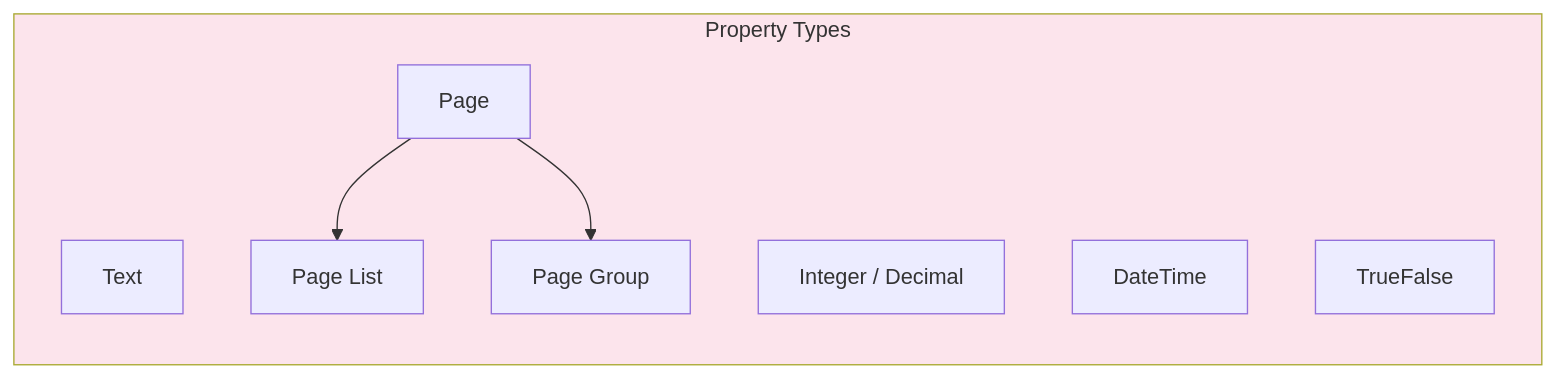
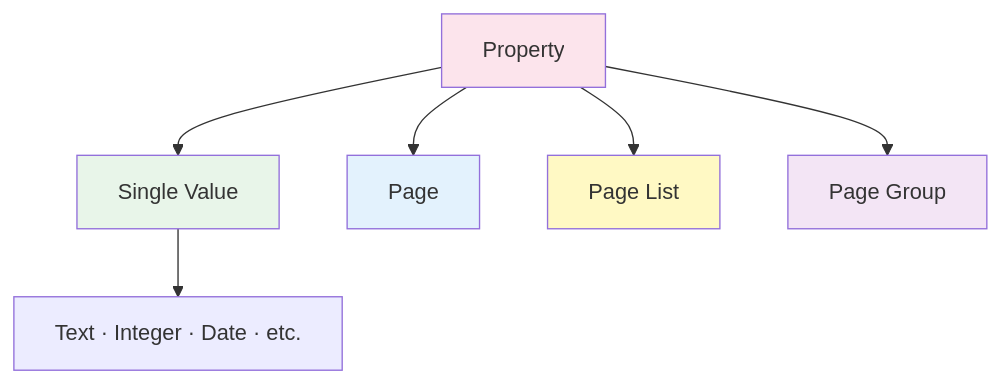
The diagram in pega-interview-prep/diagrams/26-property-types.mmd (pratham-vishk/pega-interview-romance-guide), drawn with Mermaid before and after one commit. The commit also changed 46 other files, not shown here.

First line of the commit message:
Ultra comprehensive edition: expand all 473 subtopics, fix diagram page-fit

```diff
--- a/pega-interview-prep/diagrams/26-property-types.mmd
+++ b/pega-interview-prep/diagrams/26-property-types.mmd
@@ -1,14 +1,12 @@
-flowchart LR
-    subgraph Properties["Property Types"]
-        T["Text"]
-        N["Integer / Decimal"]
-        DT["DateTime"]
-        TF["TrueFalse"]
-        P["Page"]
-        PL["Page List"]
-        PG["Page Group"]
-    end
-    P --> PL
-    P --> PG
+flowchart TD
+    P["Property"] --> S["Single Value"]
+    P --> L["Page"]
+    P --> PL["Page List"]
+    P --> PG["Page Group"]
+    S --> T["Text · Integer · Date · etc."]
 
-    style Properties fill:#fce4ec
+    style P fill:#fce4ec
+    style S fill:#e8f5e9
+    style L fill:#e3f2fd
+    style PL fill:#fff9c4
+    style PG fill:#f3e5f5
```
